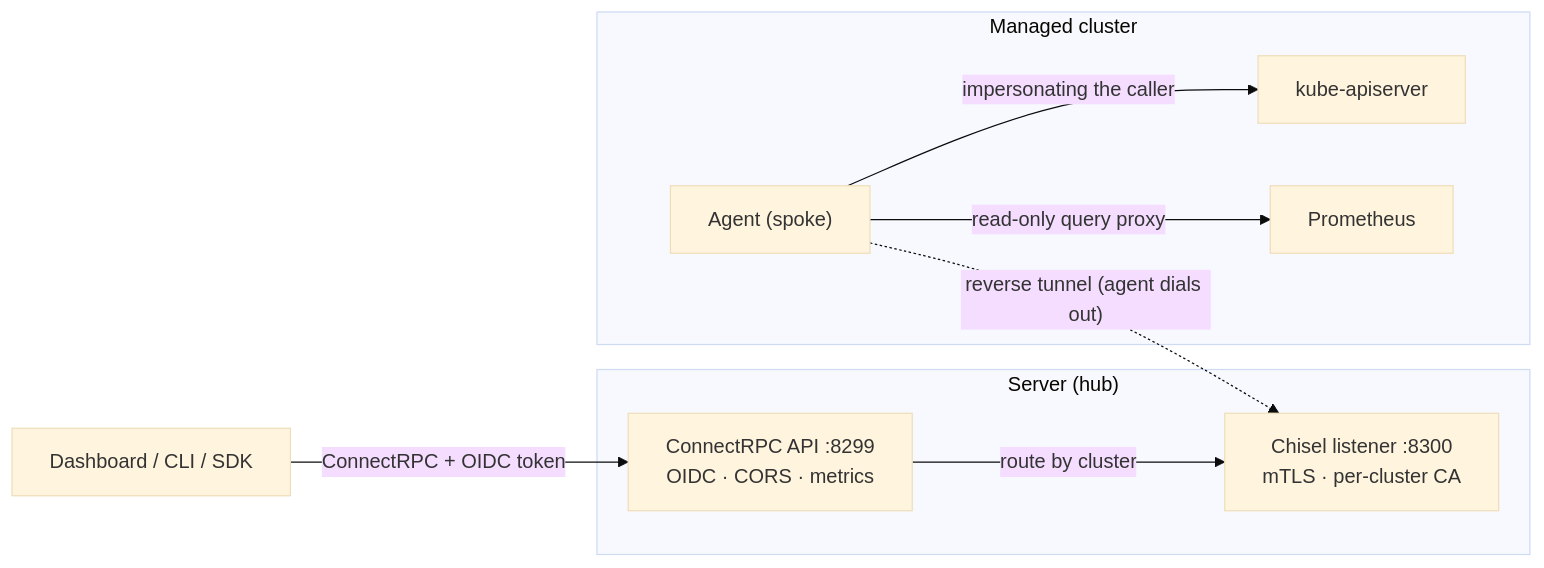
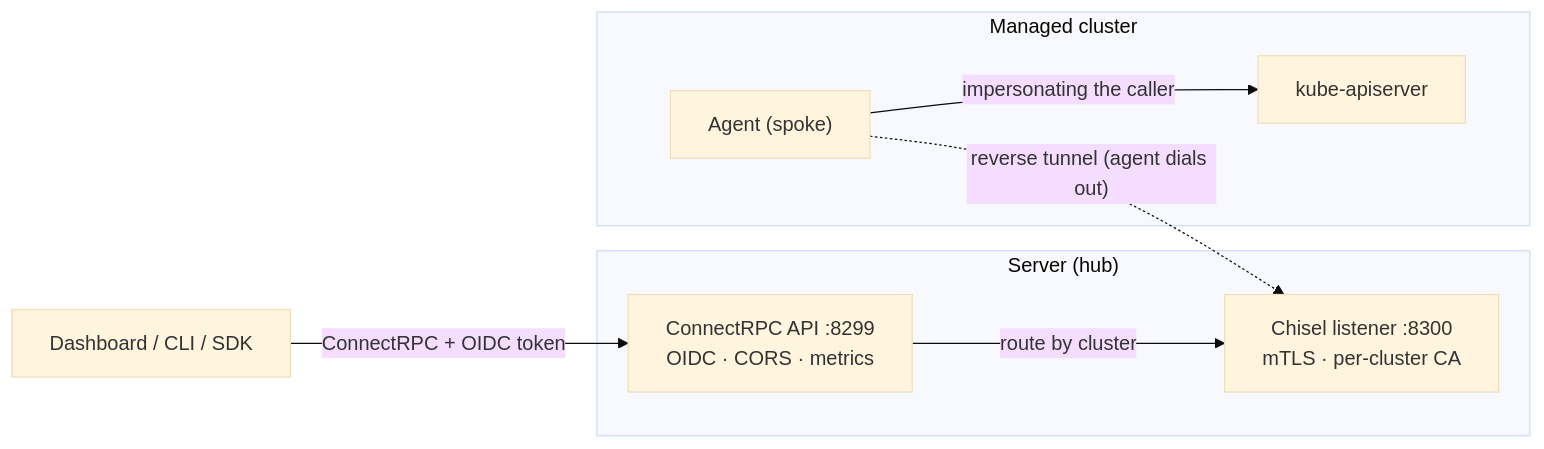
The diagram in README.md (otterscale/otterscale), drawn with Mermaid (base theme) before and after one commit. The commit also changed other lines of this file and 6 other files, not shown here.

Commit message:
docs: add comprehensive documentation for API surface, architecture, configuration, development, operations, and troubleshooting

````diff
--- a/README.md
+++ b/README.md
@@ -31,19 +14,17 @@
 ```mermaid
 flowchart LR
     subgraph hub["Server (hub)"]
         api["ConnectRPC API :8299<br/>OIDC · CORS · metrics"]
         tun["Chisel listener :8300<br/>mTLS · per-cluster CA"]
     end
 
     subgraph edge["Managed cluster"]
         agent["Agent (spoke)"]
         kas["kube-apiserver"]
-        prom["Prometheus"]
     end
 
     client["Dashboard / CLI / SDK"] -->|"ConnectRPC + OIDC token"| api
     api -->|"route by cluster"| tun
     agent -.->|"reverse tunnel (agent dials out)"| tun
     agent -->|"impersonating the caller"| kas
-    agent -->|"read-only query proxy"| prom
 ```
````
